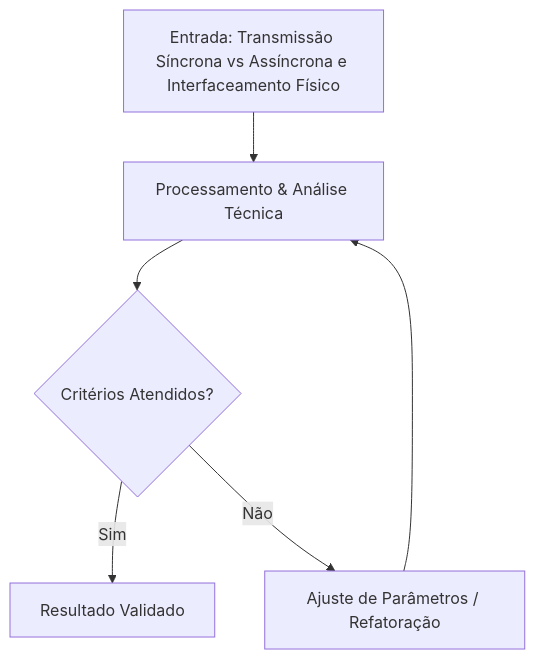
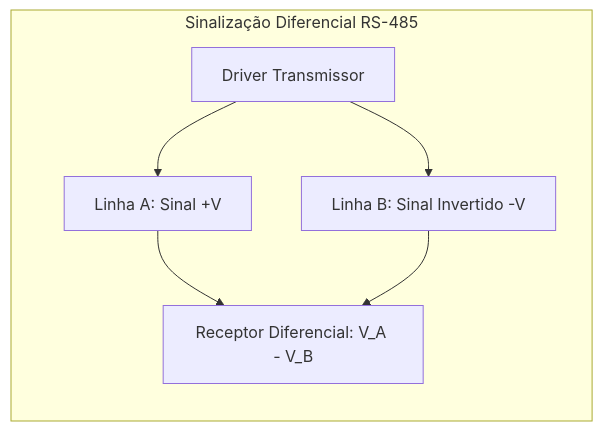
Before and after one commit to pedroiff0/page: the diagram in content/pt-br/resource/Engenharia de Computação/6-periodo/comunicacao-de-dados/anotacoes/aula-10-transmissao-sincrona-vs-assincrona-e-interfaceamento-fisico.md, drawn with Mermaid. The commit also changed other lines of this file and 826 other files, not shown here.

````diff
--- a/content/pt-br/resource/Engenharia de Computação/6-periodo/comunicacao-de-dados/anotacoes/aula-10-transmissao-sincrona-vs-assincrona-e-interfaceamento-fisico.md
+++ b/content/pt-br/resource/Engenharia de Computação/6-periodo/comunicacao-de-dados/anotacoes/aula-10-transmissao-sincrona-vs-assincrona-e-interfaceamento-fisico.md
@@ -74,8 +83,8 @@
 ```mermaid
-flowchart TD
-    A[Entrada: Transmissão Síncrona vs Assíncrona e Interfaceamento Físico] --> B[Processamento & Análise Técnica]
-    B --> C{Critérios Atendidos?}
-    C -- Sim --> D[Resultado Validado]
-    C -- Não --> E[Ajuste de Parâmetros / Refatoração]
-    E --> B
+flowchart LR
+    subgraph RS485 [Sinalização Diferencial RS-485]
+        Tx[Driver Transmissor] --> LineA[Linha A: Sinal +V]
+        Tx --> LineB[Linha B: Sinal Invertido -V]
+        LineA & LineB --> Rx[Receptor Diferencial: V_A - V_B]
+    end
 ```
````
